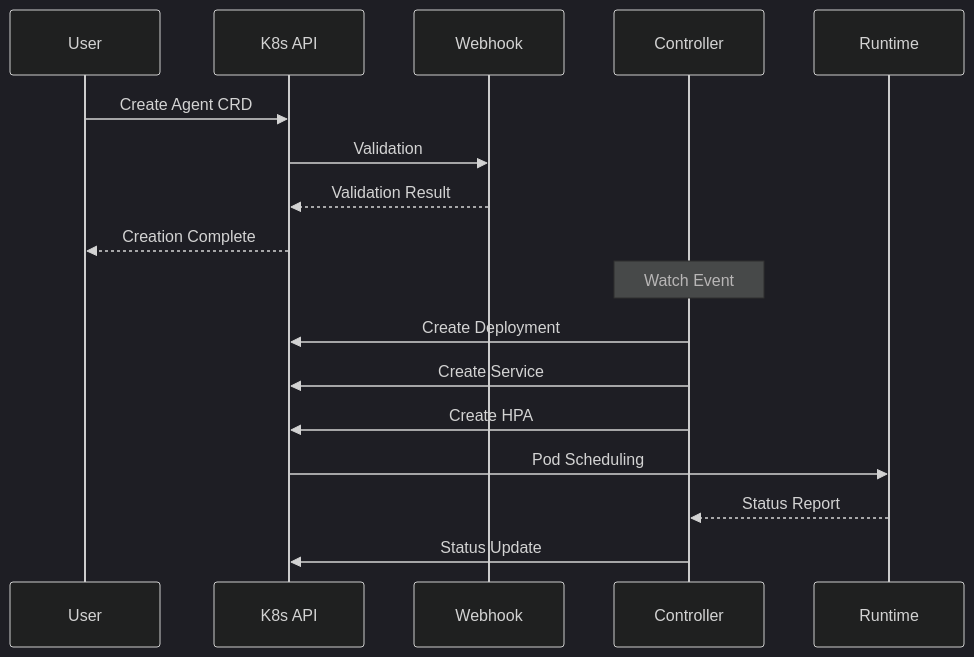
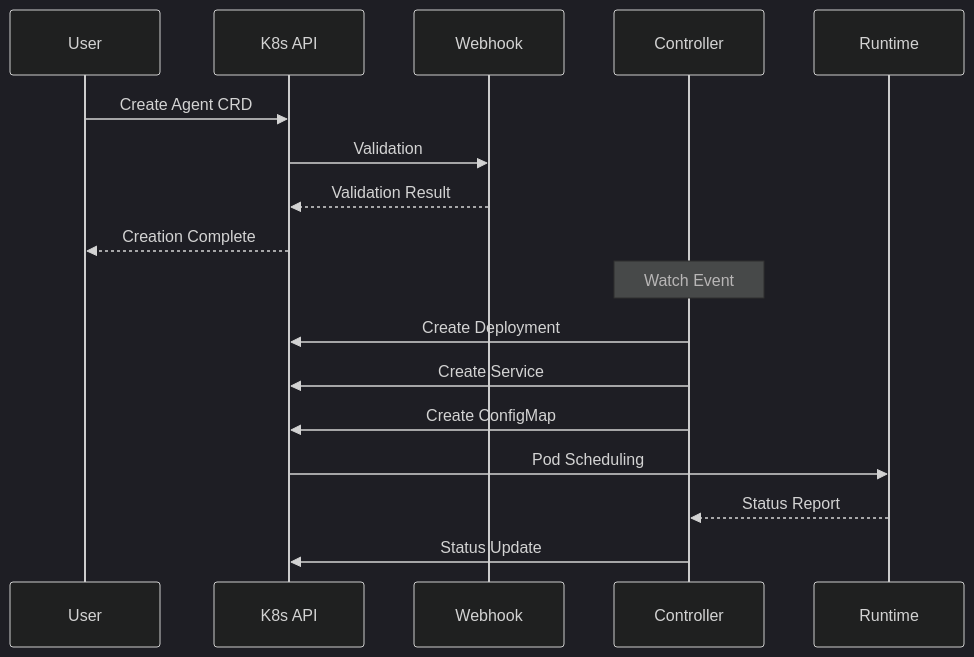
Before and after one commit to devfloor9/engineering-playbook: the second of 4 diagrams in docs/agentic-ai-platform/operations-mlops/observability/kagent-kubernetes-agents.md, drawn with Mermaid (dark theme). The commit also changed other lines of this file and 13 other files, not shown here.

````diff
--- a/docs/agentic-ai-platform/operations-mlops/observability/kagent-kubernetes-agents.md
+++ b/docs/agentic-ai-platform/operations-mlops/observability/kagent-kubernetes-agents.md
@@ -129,23 +130,23 @@
 ```mermaid
 sequenceDiagram
     participant U as User
     participant A as K8s API
     participant W as Webhook
     participant C as Controller
     participant R as Runtime
 
     U->>A: Create Agent CRD
     A->>W: Validation
     W-->>A: Validation Result
     A-->>U: Creation Complete
 
     Note over C: Watch Event
 
     C->>A: Create Deployment
     C->>A: Create Service
-    C->>A: Create HPA
+    C->>A: Create ConfigMap
 
     A->>R: Pod Scheduling
     R-->>C: Status Report
     C->>A: Status Update
 ```
````
